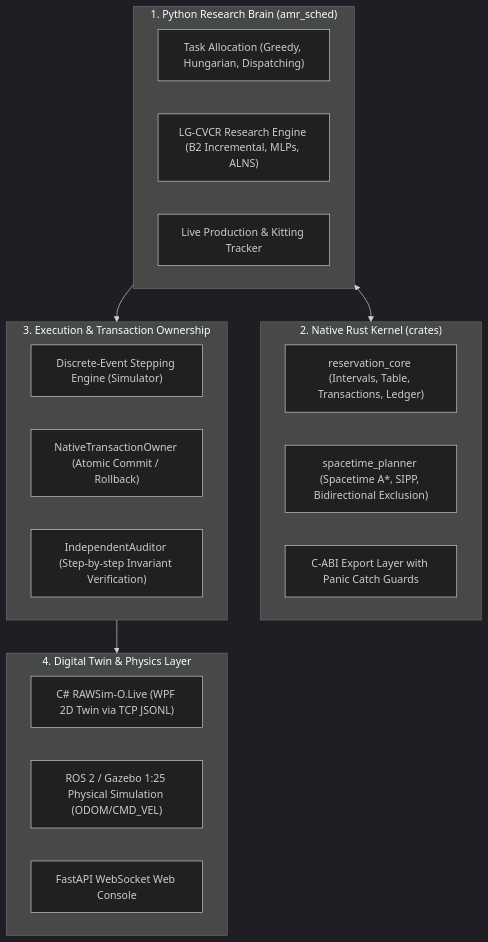
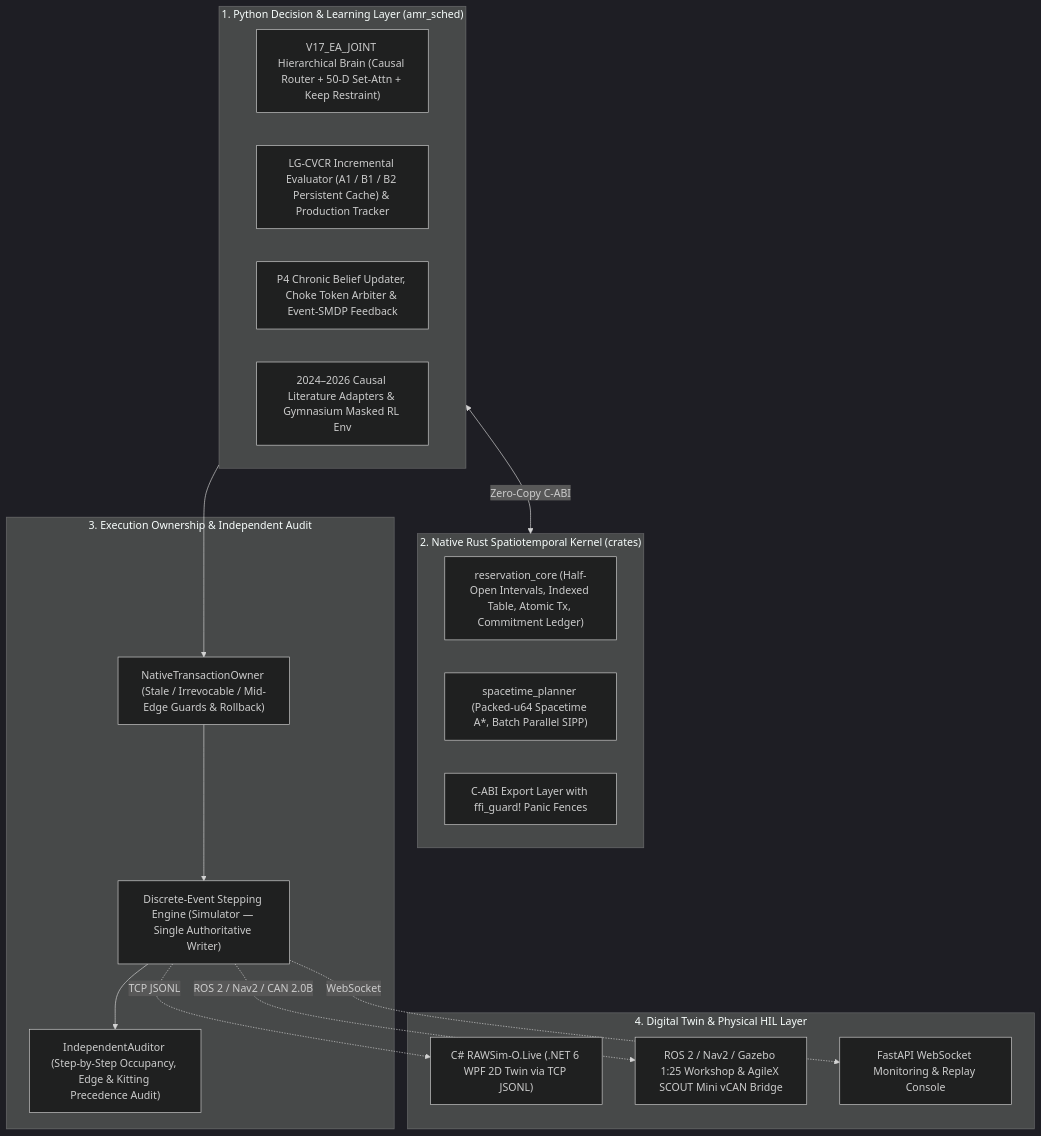
One commit to AmaneSuzuha000/AMR-Scheduler changed the diagram in docs/architecture/ARCHITECTURE.md. Above: the diagram before and after it, drawn with Mermaid (dark theme). The commit also changed other lines of this file and 12 other files, not shown here.

Commit message:
docs,chore(release): prepare v0.3.0 documentation, architecture spec, and repo hygiene

````diff
--- a/docs/architecture/ARCHITECTURE.md
+++ b/docs/architecture/ARCHITECTURE.md
@@ -7,30 +7,35 @@
 ```mermaid
 flowchart TD
-    subgraph Decision_Layer["1. Python Research Brain (amr_sched)"]
-        Alloc["Task Allocation (Greedy, Hungarian, Dispatching)"]
-        CVCR["LG-CVCR Research Engine (B2 Incremental, MLPs, ALNS)"]
-        Tracker["Live Production & Kitting Tracker"]
+    subgraph Brain["1. Python Decision & Learning Layer (amr_sched)"]
+        V17["V17_EA_JOINT Hierarchical Brain (Causal Router + 50-D Set-Attn + Keep Restraint)"]
+        CVCR["LG-CVCR Incremental Evaluator (A1 / B1 / B2 Persistent Cache) & Production Tracker"]
+        P4["P4 Chronic Belief Updater, Choke Token Arbiter & Event-SMDP Feedback"]
+        Baselines["2024–2026 Causal Literature Adapters & Gymnasium Masked RL Env"]
     end
 
-    subgraph Native_Kernel["2. Native Rust Kernel (crates)"]
-        ResCore["reservation_core (Intervals, Table, Transactions, Ledger)"]
-        Planner["spacetime_planner (Spacetime A*, SIPP, Bidirectional Exclusion)"]
-        FFI["C-ABI Export Layer with Panic Catch Guards"]
+    subgraph Kernel["2. Native Rust Spatiotemporal Kernel (crates)"]
+        ResCore["reservation_core (Half-Open Intervals, Indexed Table, Atomic Tx, Commitment Ledger)"]
+        Planner["spacetime_planner (Packed-u64 Spacetime A*, Batch Parallel SIPP)"]
+        FFI["C-ABI Export Layer with ffi_guard! Panic Fences"]
     end
 
-    subgraph Simulation_Execution["3. Execution & Transaction Ownership"]
-        Sim["Discrete-Event Stepping Engine (Simulator)"]
-        TxOwner["NativeTransactionOwner (Atomic Commit / Rollback)"]
-        Auditor["IndependentAuditor (Step-by-step Invariant Verification)"]
+    subgraph Execution["3. Execution Ownership & Independent Audit"]
+        Sim["Discrete-Event Stepping Engine (Simulator — Single Authoritative Writer)"]
+        TxOwner["NativeTransactionOwner (Stale / Irrevocable / Mid-Edge Guards & Rollback)"]
+        Auditor["IndependentAuditor (Step-by-Step Occupancy, Edge & Kitting Precedence Audit)"]
     end
 
-    subgraph Presentation_Layer["4. Digital Twin & Physics Layer"]
-        RAWSim["C# RAWSim-O.Live (WPF 2D Twin via TCP JSONL)"]
-        Gazebo["ROS 2 / Gazebo 1:25 Physical Simulation (ODOM/CMD_VEL)"]
-        WebDash["FastAPI WebSocket Web Console"]
+    subgraph Twin["4. Digital Twin & Physical HIL Layer"]
+        RAWSim["C# RAWSim-O.Live (.NET 6 WPF 2D Twin via TCP JSONL)"]
+        Gazebo["ROS 2 / Nav2 / Gazebo 1:25 Workshop & AgileX SCOUT Mini vCAN Bridge"]
+        WebDash["FastAPI WebSocket Monitoring & Replay Console"]
     end
 
-    Decision_Layer <--> Native_Kernel
-    Decision_Layer --> Simulation_Execution
-    Simulation_Execution --> Presentation_Layer
+    Brain <-->|Zero-Copy C-ABI| Kernel
+    Brain --> TxOwner
+    TxOwner --> Sim
+    Sim --> Auditor
+    Sim -.->|TCP JSONL| RAWSim
+    Sim -.->|ROS 2 / Nav2 / CAN 2.0B| Gazebo
+    Sim -.->|WebSocket| WebDash
 ```
````
